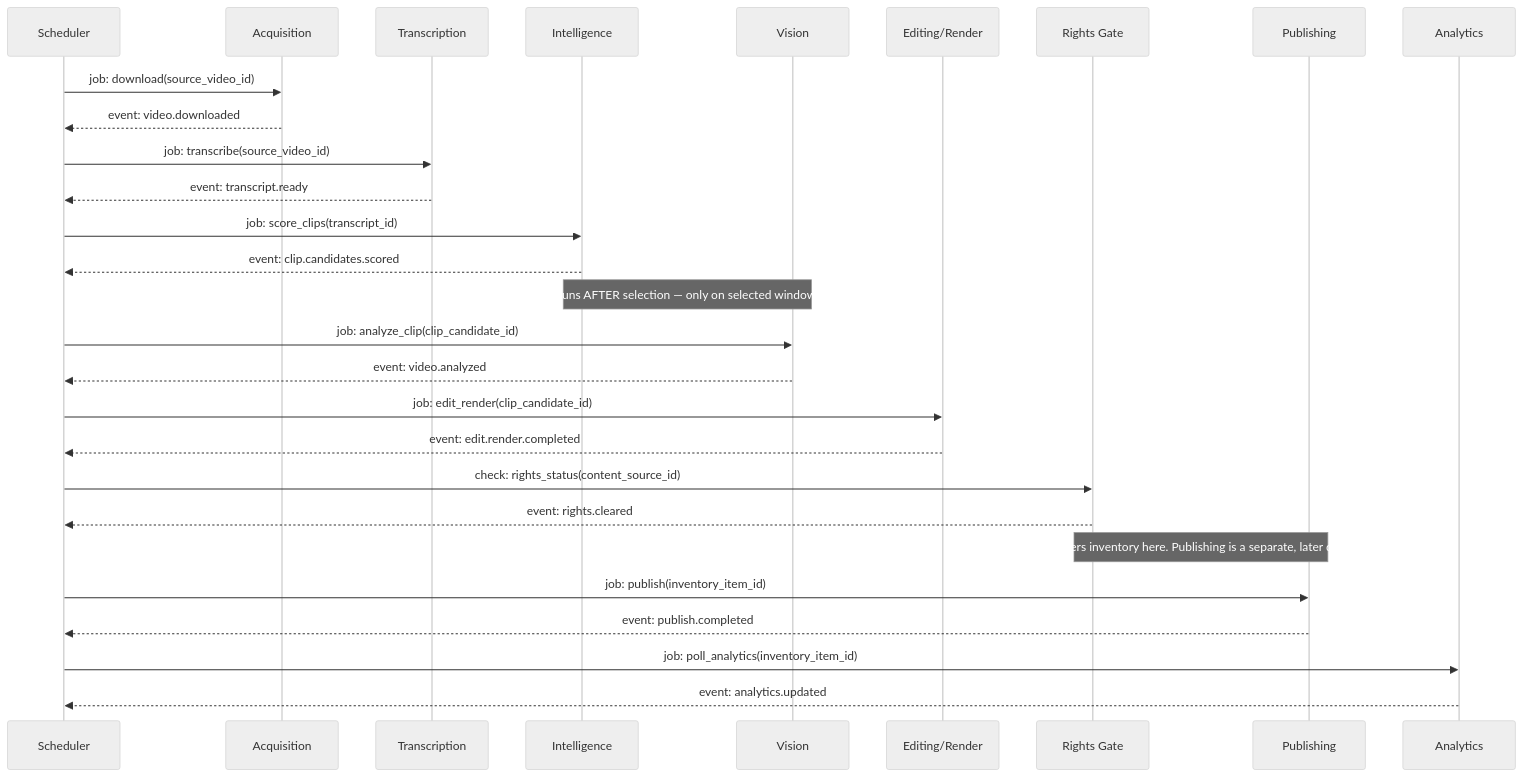
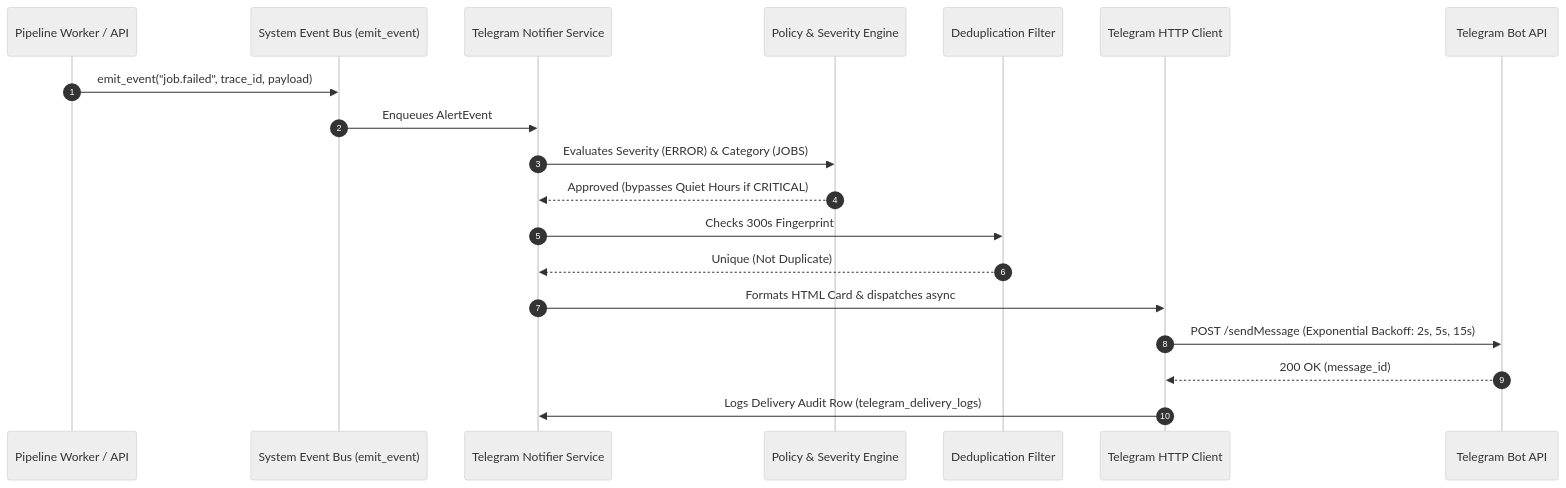
One commit to JohnApollos/YTAuto changed the second of 2 diagrams in docs/architecture.md. Above: the diagram before and after it, drawn with Mermaid (neutral theme). The commit also changed other lines of this file and 43 other files, not shown here.

````diff
--- a/docs/architecture.md
+++ b/docs/architecture.md
@@ -102,31 +75,22 @@
 ```mermaid
 sequenceDiagram
-    participant SCH as Scheduler
-    participant ACQ as Acquisition
-    participant ASR as Transcription
-    participant INT as Intelligence
-    participant VIS as Vision
-    participant EDIT as Editing/Render
-    participant RIG as Rights Gate
-    participant PUB as Publishing
-    participant AN as Analytics
+    autonumber
+    participant Pipeline as Pipeline Worker / API
+    participant Bus as System Event Bus (emit_event)
+    participant Notifier as Telegram Notifier Service
+    participant Policy as Policy & Severity Engine
+    participant Dedupe as Deduplication Filter
+    participant Client as Telegram HTTP Client
+    participant TG as Telegram Bot API
 
-    SCH->>ACQ: job: download(source_video_id)
-    ACQ-->>SCH: event: video.downloaded
-    SCH->>ASR: job: transcribe(source_video_id)
-    ASR-->>SCH: event: transcript.ready
-    SCH->>INT: job: score_clips(transcript_id)
-    INT-->>SCH: event: clip.candidates.scored
-    Note over INT,VIS: Vision runs AFTER selection — only on selected windows (§7.5)
-    SCH->>VIS: job: analyze_clip(clip_candidate_id)
-    VIS-->>SCH: event: video.analyzed
-    SCH->>EDIT: job: edit_render(clip_candidate_id)
-    EDIT-->>SCH: event: edit.render.completed
-    SCH->>RIG: check: rights_status(content_source_id)
-    RIG-->>SCH: event: rights.cleared
-    Note over RIG,PUB: Clip enters inventory here. Publishing is a separate, later decision.
-    SCH->>PUB: job: publish(inventory_item_id)
-    PUB-->>SCH: event: publish.completed
-    SCH->>AN: job: poll_analytics(inventory_item_id)
-    AN-->>SCH: event: analytics.updated
+    Pipeline->>Bus: emit_event("job.failed", trace_id, payload)
+    Bus->>Notifier: Enqueues AlertEvent
+    Notifier->>Policy: Evaluates Severity (ERROR) & Category (JOBS)
+    Policy-->>Notifier: Approved (bypasses Quiet Hours if CRITICAL)
+    Notifier->>Dedupe: Checks 300s Fingerprint
+    Dedupe-->>Notifier: Unique (Not Duplicate)
+    Notifier->>Client: Formats HTML Card & dispatches async
+    Client->>TG: POST /sendMessage (Exponential Backoff: 2s, 5s, 15s)
+    TG-->>Client: 200 OK (message_id)
+    Client->>Notifier: Logs Delivery Audit Row (telegram_delivery_logs)
 ```
````
